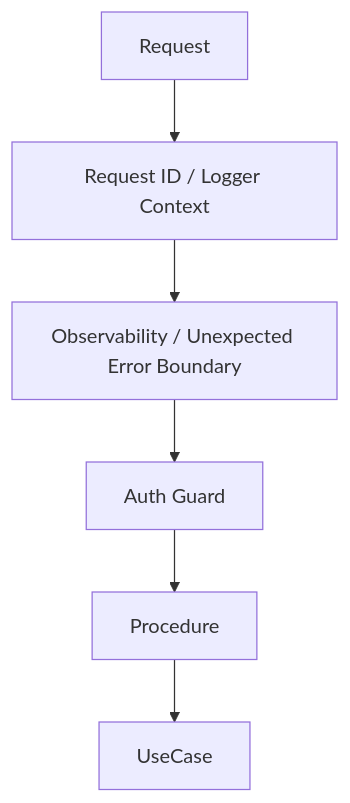
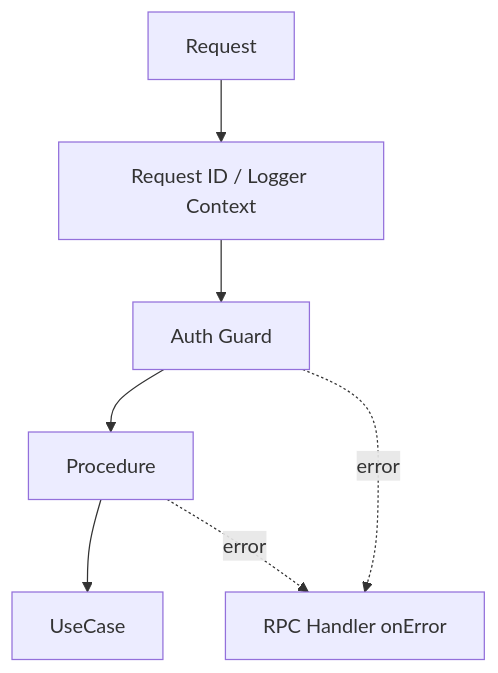
Before and after one commit to koralle/pantry: the third of 5 diagrams in docs/superpowers/specs/2026-08-22-application-architecture-evolution-design.md, drawn with Mermaid. The commit also changed other lines of this file, not shown here.

Commit message:
docs: simplify RPC error handling design

````diff
--- a/docs/superpowers/specs/2026-08-22-application-architecture-evolution-design.md
+++ b/docs/superpowers/specs/2026-08-22-application-architecture-evolution-design.md
@@ -307,15 +362,16 @@
 ```mermaid
 flowchart TD
   Request[Request]
   RequestId[Request ID / Logger Context]
-  Observe[Observability / Unexpected Error Boundary]
   Auth[Auth Guard]
   Procedure[Procedure]
   UseCase[UseCase]
+  ErrorLog[RPC Handler onError]
 
   Request --> RequestId
-  RequestId --> Observe
-  Observe --> Auth
+  RequestId --> Auth
   Auth --> Procedure
   Procedure --> UseCase
+  Procedure -. error .-> ErrorLog
+  Auth -. error .-> ErrorLog
 ```
````
